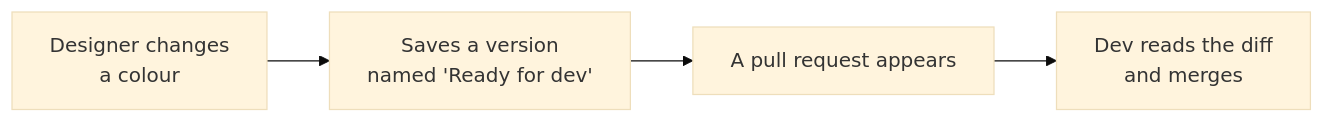
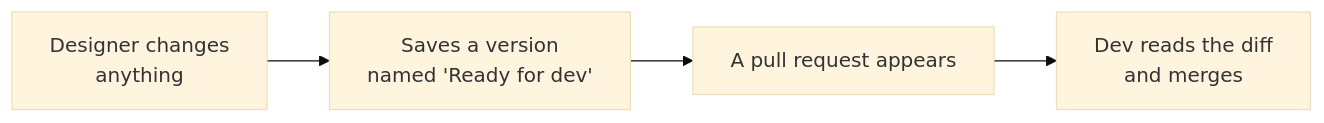
The second of 5 diagrams in README.md (serhii-kucherenko/expo-figma-tokens), drawn with Mermaid (base theme) before and after one commit. The commit also changed other lines of this file, not shown here.

````diff
--- a/README.md
+++ b/README.md
@@ -40,6 +52,6 @@
 ```mermaid
 flowchart LR
-  A["Designer changes<br/>a colour"] --> B["Saves a version<br/>named 'Ready for dev'"]
+  A["Designer changes<br/>anything"] --> B["Saves a version<br/>named 'Ready for dev'"]
   B --> C["A pull request appears"]
   C --> D["Dev reads the diff<br/>and merges"]
 ```
````
